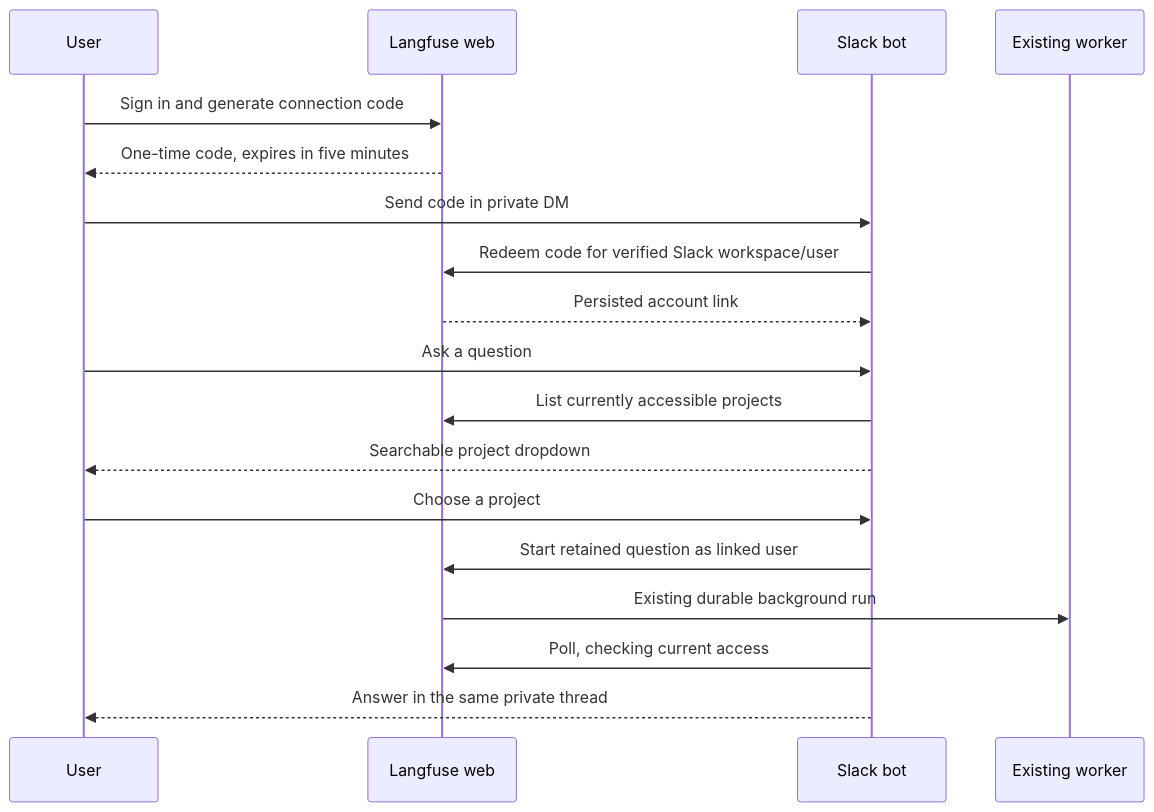
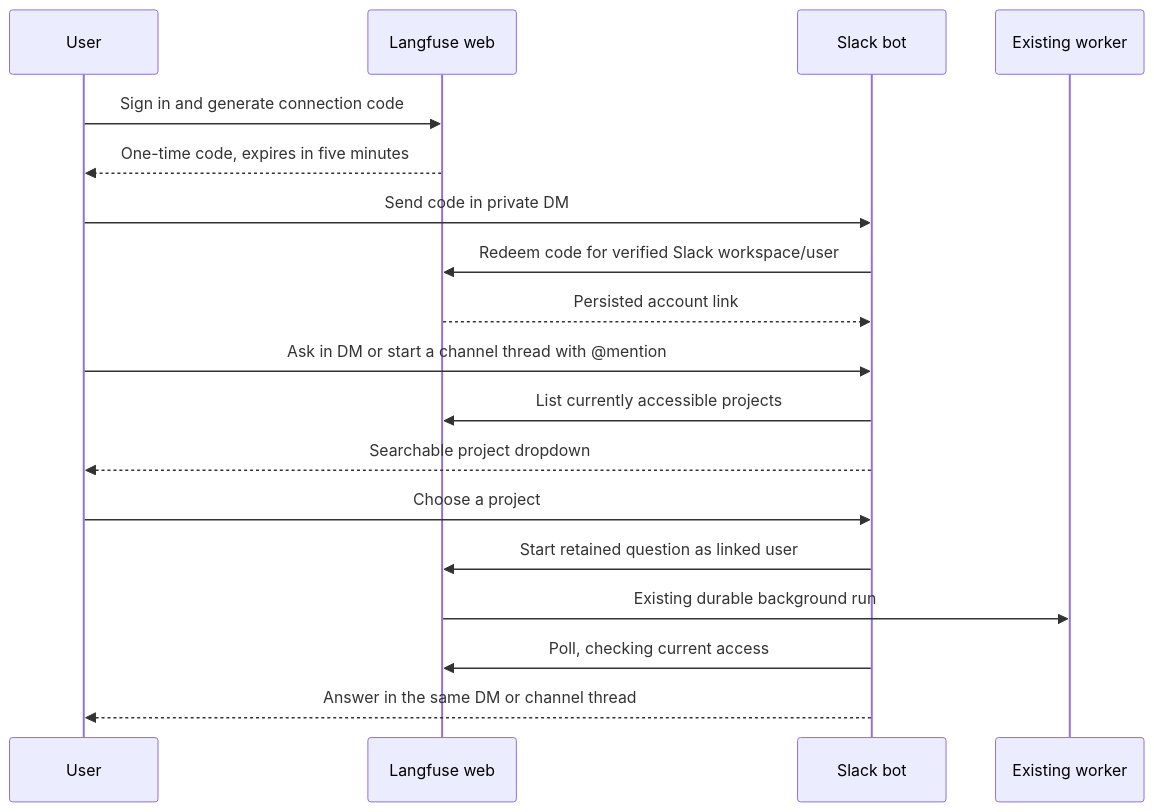
Before and after one commit to langfuse/langfuse: the first of 2 diagrams in web/src/features/in-app-agent/SLACK_POC.md, drawn with Mermaid. The commit also changed other lines of this file and 8 other files, not shown here.

````diff
--- a/web/src/features/in-app-agent/SLACK_POC.md
+++ b/web/src/features/in-app-agent/SLACK_POC.md
@@ -14,20 +14,20 @@
 ```mermaid
 sequenceDiagram
   participant User
   participant Web as Langfuse web
   participant Bot as Slack bot
   participant Worker as Existing worker
   User->>Web: Sign in and generate connection code
   Web-->>User: One-time code, expires in five minutes
   User->>Bot: Send code in private DM
   Bot->>Web: Redeem code for verified Slack workspace/user
   Web-->>Bot: Persisted account link
-  User->>Bot: Ask a question
+  User->>Bot: Ask in DM or start a channel thread with @mention
   Bot->>Web: List currently accessible projects
   Bot-->>User: Searchable project dropdown
   User->>Bot: Choose a project
   Bot->>Web: Start retained question as linked user
   Web->>Worker: Existing durable background run
   Bot->>Web: Poll, checking current access
-  Bot-->>User: Answer in the same private thread
+  Bot-->>User: Answer in the same DM or channel thread
 ```
````
